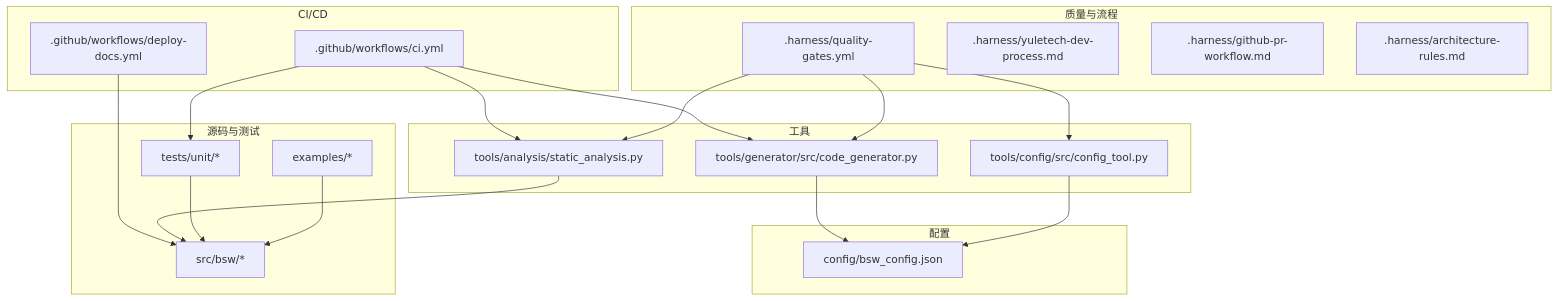
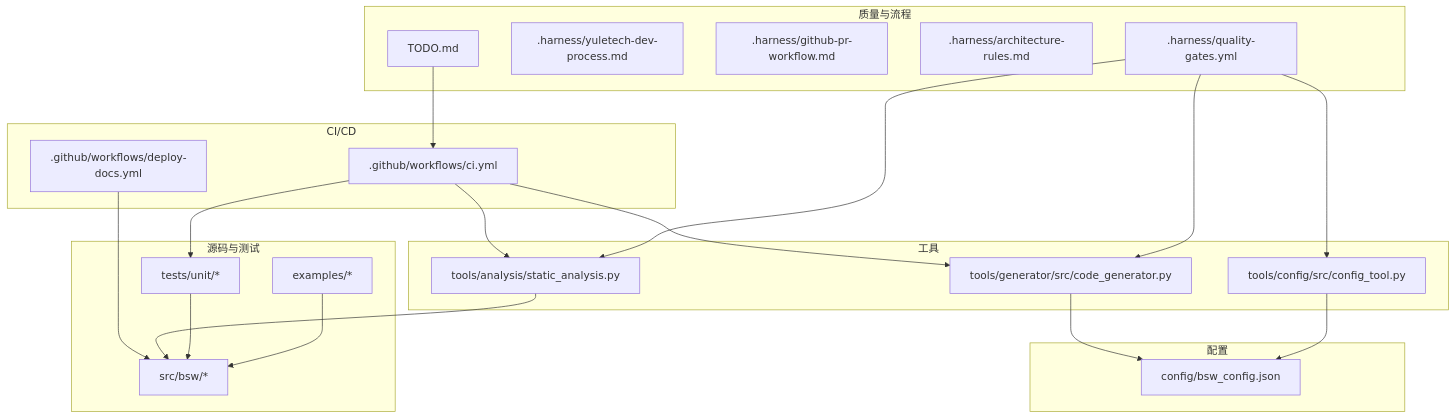
One commit to frisky1985/yuleASR changed the first of 9 diagrams in .qoder/repowiki/zh/content/开发指南/开发流程/开发工作流自动化.md. Above: the diagram before and after it, drawn with Mermaid. The commit also changed other lines of this file and 12 other files, not shown here.

````diff
--- a/.qoder/repowiki/zh/content/开发指南/开发流程/开发工作流自动化.md
+++ b/.qoder/repowiki/zh/content/开发指南/开发流程/开发工作流自动化.md
@@ -56,38 +71,40 @@
 ```mermaid
 graph TB
 subgraph "CI/CD"
 CI[".github/workflows/ci.yml"]
 DOCS[".github/workflows/deploy-docs.yml"]
 end
 subgraph "质量与流程"
 QG[".harness/quality-gates.yml"]
 WF1[".harness/yuletech-dev-process.md"]
 WF2[".harness/github-pr-workflow.md"]
 AR[".harness/architecture-rules.md"]
+TODO["TODO.md"]
 end
 subgraph "工具"
 GEN["tools/generator/src/code_generator.py"]
 CFG["tools/config/src/config_tool.py"]
 SA["tools/analysis/static_analysis.py"]
 end
 subgraph "配置"
 CONF["config/bsw_config.json"]
 end
 subgraph "源码与测试"
 SRC["src/bsw/*"]
 TESTS["tests/unit/*"]
 EX["examples/*"]
 end
 CI --> GEN
 CI --> SA
 CI --> TESTS
 DOCS --> SRC
 QG --> SA
 QG --> GEN
 QG --> CFG
 GEN --> CONF
 CFG --> CONF
 SA --> SRC
 TESTS --> SRC
+TODO --> CI
 EX --> SRC
 ```
````
